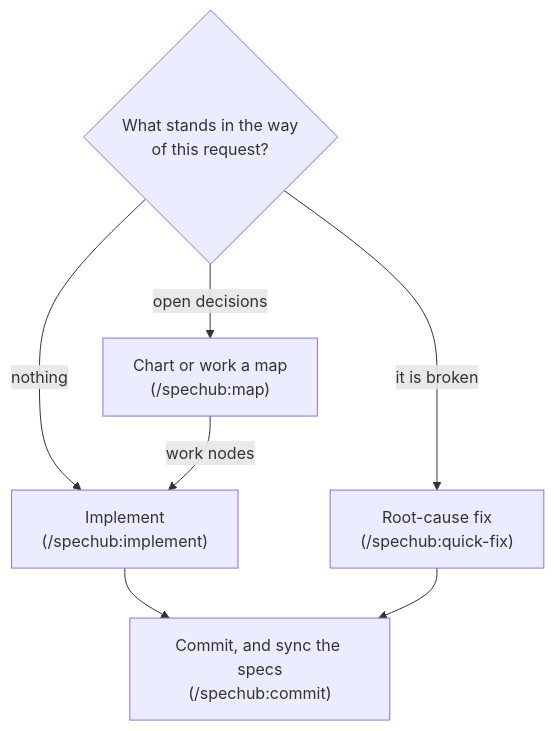
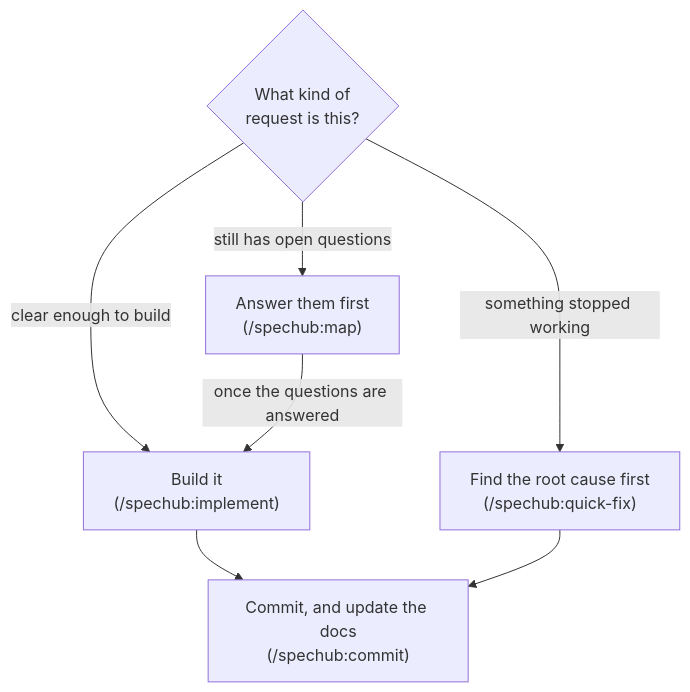
One commit to ac8318740/spechub changed the diagram in README.md. Above: the diagram before and after it, drawn with Mermaid. The commit also changed other lines of this file and 9 other files, not shown here.

````diff
--- a/README.md
+++ b/README.md
@@ -5,9 +12,9 @@
 ```mermaid
 flowchart TD
-    Q{"What stands in the way<br/>of this request?"} -->|"nothing"| IM["Implement<br/>(/spechub:implement)"]
-    Q -->|"it is broken"| QF["Root-cause fix<br/>(/spechub:quick-fix)"]
-    Q -->|"open decisions"| MP["Chart or work a map<br/>(/spechub:map)"]
-    MP -->|"work nodes"| IM
-    IM --> C["Commit, and sync the specs<br/>(/spechub:commit)"]
+    Q{"What kind of<br/>request is this?"} -->|"clear enough to build"| IM["Build it<br/>(/spechub:implement)"]
+    Q -->|"something stopped working"| QF["Find the root cause first<br/>(/spechub:quick-fix)"]
+    Q -->|"still has open questions"| MP["Answer them first<br/>(/spechub:map)"]
+    MP -->|"once the questions are answered"| IM
+    IM --> C["Commit, and update the docs<br/>(/spechub:commit)"]
     QF --> C
 ```
````
